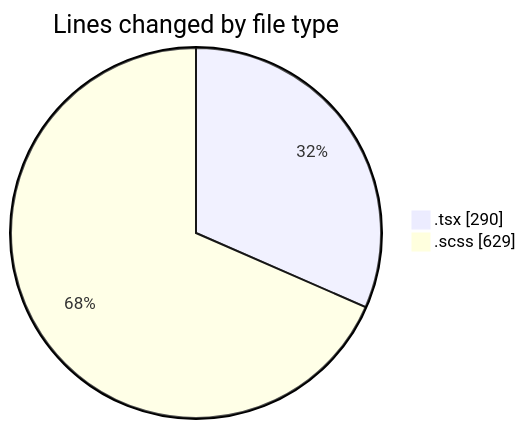
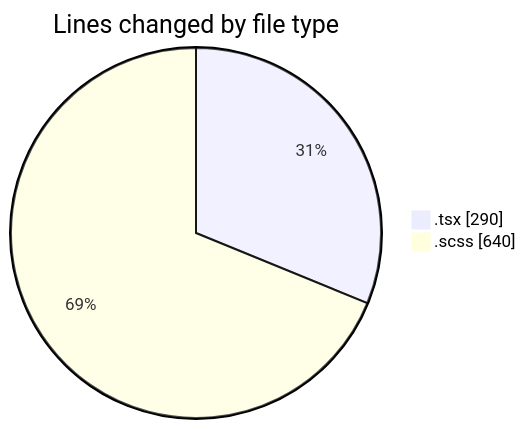
Before and after one commit to momahboobian/code-tracking: the first of 2 diagrams in 2025-09-19/cda/README.md, drawn with Mermaid. The commit also changed other lines of this file and 1 other file, not shown here.

````diff
--- a/2025-09-19/cda/README.md
+++ b/2025-09-19/cda/README.md
@@ -21,6 +21,6 @@
 ```mermaid
 pie showData
 title Lines changed by file type
 ".tsx" : 290
-".scss" : 629
+".scss" : 640
 ```
````
